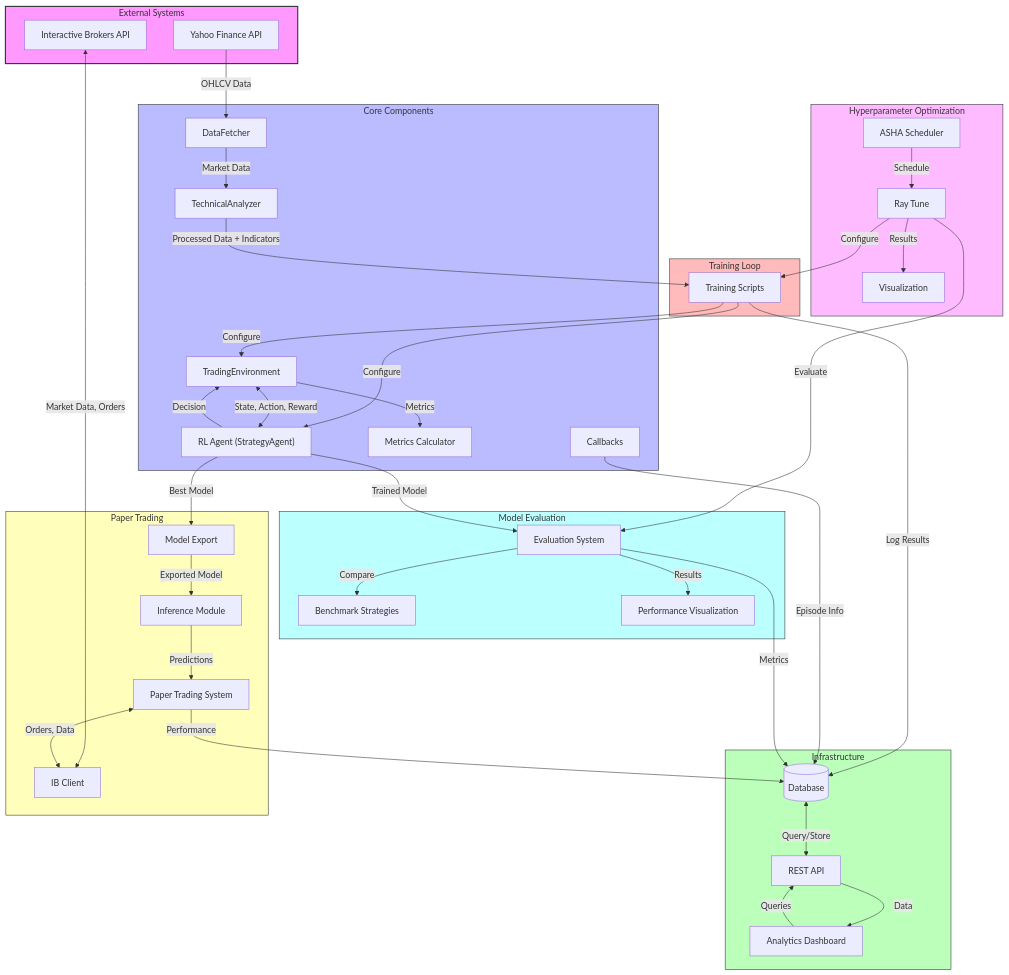
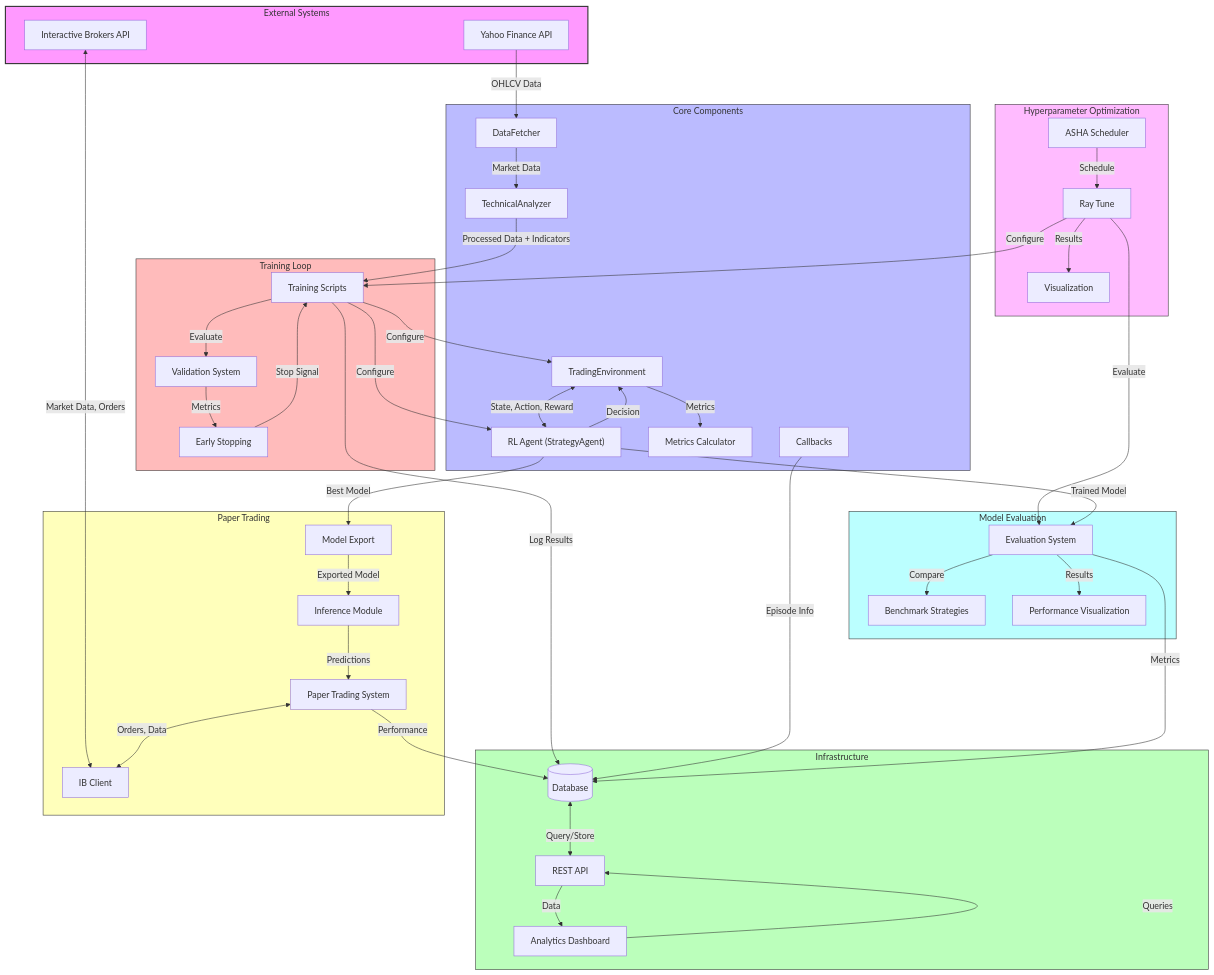
The first of 5 diagrams in docs/architecture.md (Lillo-S-p-a/ReinforceStrategyCreatorV2), drawn with Mermaid before and after one commit. The commit also changed other lines of this file, not shown here.

Commit message:
docs: update architecture.md with RLlib/Ray/PyTorch parallel training details

```diff
--- a/docs/architecture.md
+++ b/docs/architecture.md
@@ -30,6 +30,8 @@
 
     subgraph Training ["Training Loop"]
         TL["Training Scripts"]
+        VAL["Validation System"]
+        ES["Early Stopping"]
     end
     
     subgraph Optimization ["Hyperparameter Optimization"]
@@ -67,6 +69,9 @@
     TE -->|Metrics| MC
     RA -->|Decision| TE
     CB -->|Episode Info| DB
+    TL -->|Evaluate| VAL
+    VAL -->|Metrics| ES
+    ES -->|Stop Signal| TL
     
     %% Hyperparameter optimization
     HPO -->|Configure| TL
```
